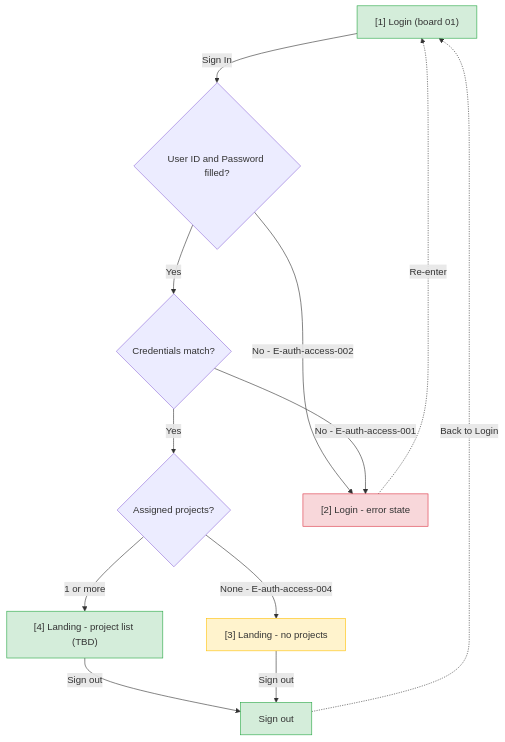
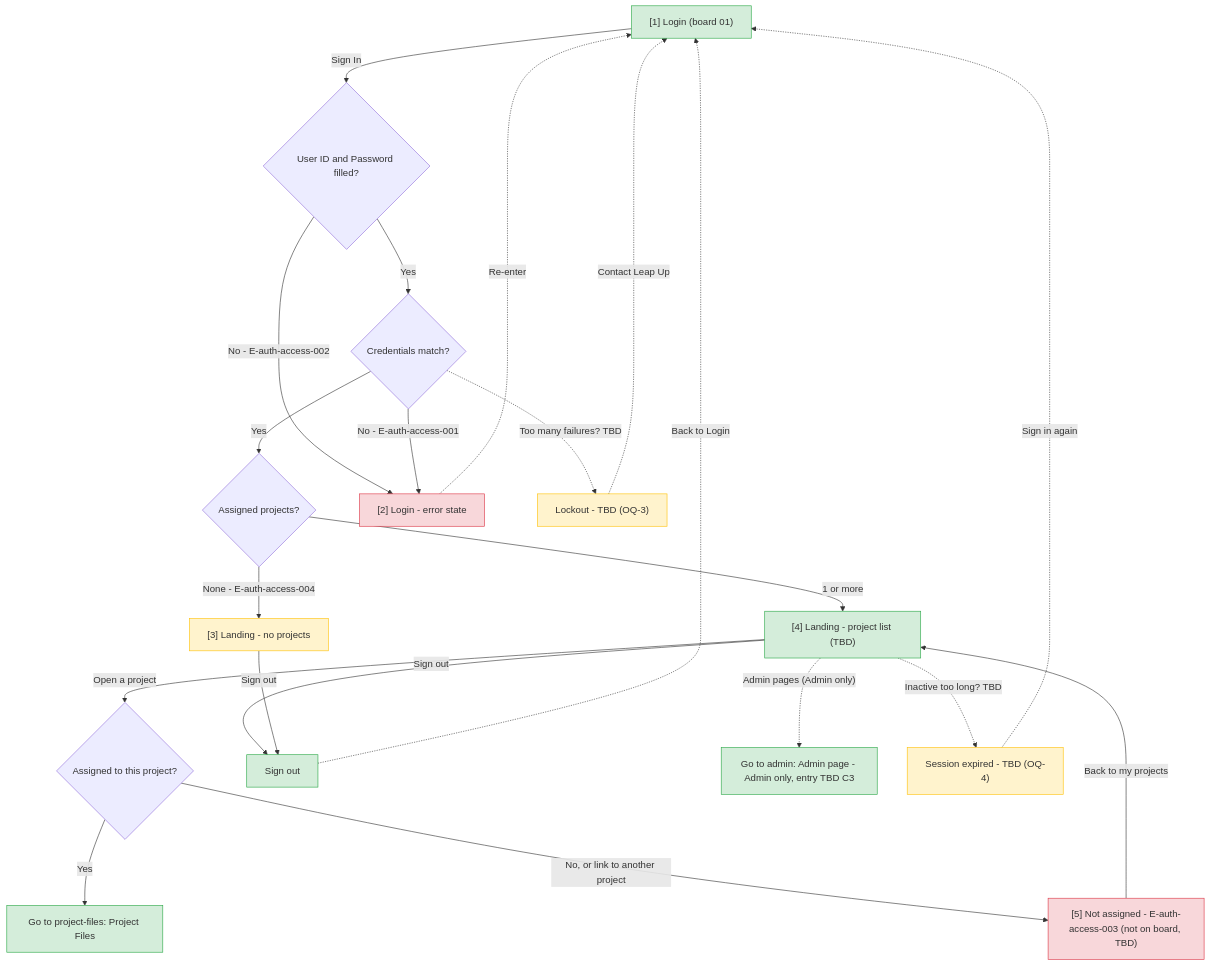
The diagram in docs/auth-access/srs/auth-access-userflow.md (vincetruong0512/LeapUp-plan), drawn with Mermaid before and after one commit. The commit also changed other lines of this file and 49 other files, not shown here.

````diff
--- a/docs/auth-access/srs/auth-access-userflow.md
+++ b/docs/auth-access/srs/auth-access-userflow.md
@@ -15,28 +18,43 @@
 ```mermaid
 flowchart TD
     n1["[1] Login (board 01)"]
     d1{"User ID and Password filled?"}
     d2{"Credentials match?"}
     d3{"Assigned projects?"}
+    d4{"Assigned to this project?"}
     n2["[2] Login - error state"]
     n3["[3] Landing - no projects"]
     n4["[4] Landing - project list (TBD)"]
+    n6["[5] Not assigned - E-auth-access-003 (not on board, TBD)"]
     n5["Sign out"]
+    x1["Go to project-files: Project Files"]
+    x2["Go to admin: Admin page - Admin only, entry TBD C3"]
+    t1["Lockout - TBD (OQ-3)"]
+    t2["Session expired - TBD (OQ-4)"]
     n1 -->|"Sign In"| d1
     d1 -->|"Yes"| d2
     d1 -->|"No - E-auth-access-002"| n2
     d2 -->|"Yes"| d3
     d2 -->|"No - E-auth-access-001"| n2
+    d2 -.->|"Too many failures? TBD"| t1
     n2 -.->|"Re-enter"| n1
     d3 -->|"1 or more"| n4
     d3 -->|"None - E-auth-access-004"| n3
+    n4 -->|"Open a project"| d4
+    d4 -->|"Yes"| x1
+    d4 -->|"No, or link to another project"| n6
+    n6 -->|"Back to my projects"| n4
+    n4 -.->|"Admin pages (Admin only)"| x2
     n4 -->|"Sign out"| n5
     n3 -->|"Sign out"| n5
+    t1 -.->|"Contact Leap Up"| n1
+    n4 -.->|"Inactive too long? TBD"| t2
+    t2 -.->|"Sign in again"| n1
     n5 -.->|"Back to Login"| n1
-    class n1,n4,n5 happy
-    class n2 error
-    class n3 edge
+    class n1,n4,n5,x1,x2 happy
+    class n2,n6 error
+    class n3,t1,t2 edge
     classDef happy fill:#d4edda,stroke:#28a745
     classDef error fill:#f8d7da,stroke:#dc3545
     classDef edge fill:#fff3cd,stroke:#ffc107
 ```
````
